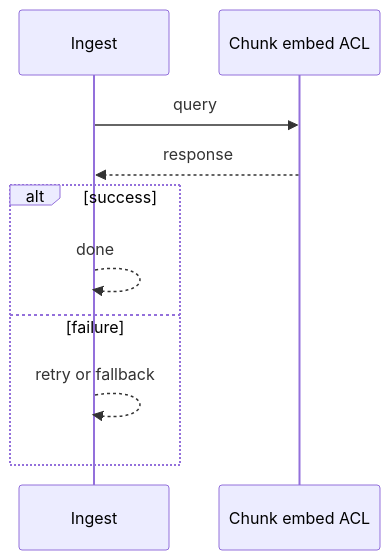
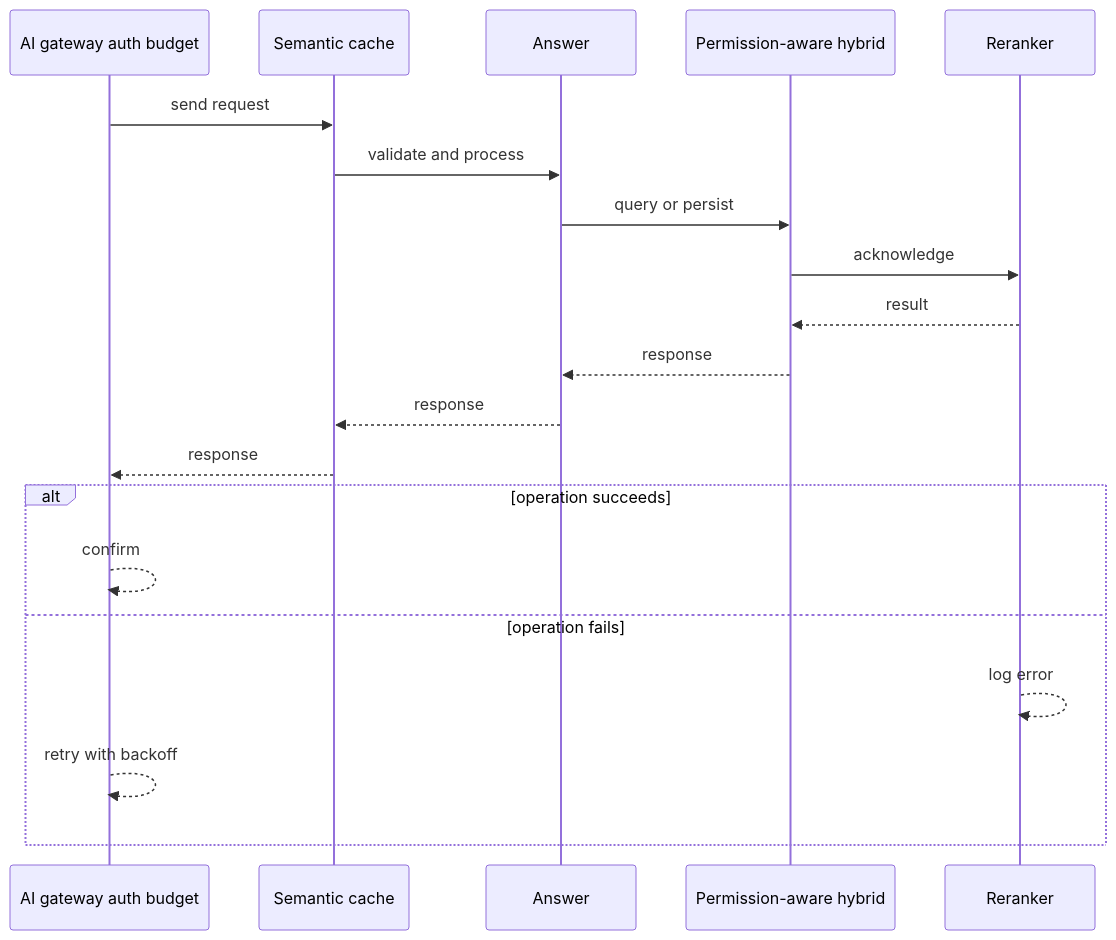
One commit to RIT-MESH/system-design-mastery changed the second of 4 diagrams in case-studies/ai-systems/enterprise-rag-platform.md. Above: the diagram before and after it, drawn with Mermaid. The commit also changed other lines of this file and 64 other files, not shown here.

````diff
--- a/case-studies/ai-systems/enterprise-rag-platform.md
+++ b/case-studies/ai-systems/enterprise-rag-platform.md
@@ -84,13 +70,23 @@
 ```mermaid
 %% created-for: system-design-mastery
 sequenceDiagram
-  participant P0 as Ingest
-  participant P1 as Chunk embed ACL
-  P0 ->> P1: query
-  P1 -->> P0: response
-  alt success
-    P0 -->> P0: done
-  else failure
-    P0 -->> P0: retry or fallback
+  participant C0 as AI gateway auth budget
+  participant C1 as Semantic cache
+  participant C2 as Answer
+  participant C3 as Permission-aware hybrid
+  participant C4 as Reranker
+  C0 ->> C1: send request
+  C1 ->> C2: validate and process
+  C2 ->> C3: query or persist
+  C3 ->> C4: acknowledge
+  C4 -->> C3: result
+  C3 -->> C2: response
+  C2 -->> C1: response
+  C1 -->> C0: response
+  alt operation succeeds
+    C0 -->> C0: confirm
+  else operation fails
+    C4 -->> C4: log error
+    C0 -->> C0: retry with backoff
   end
 ```
````
